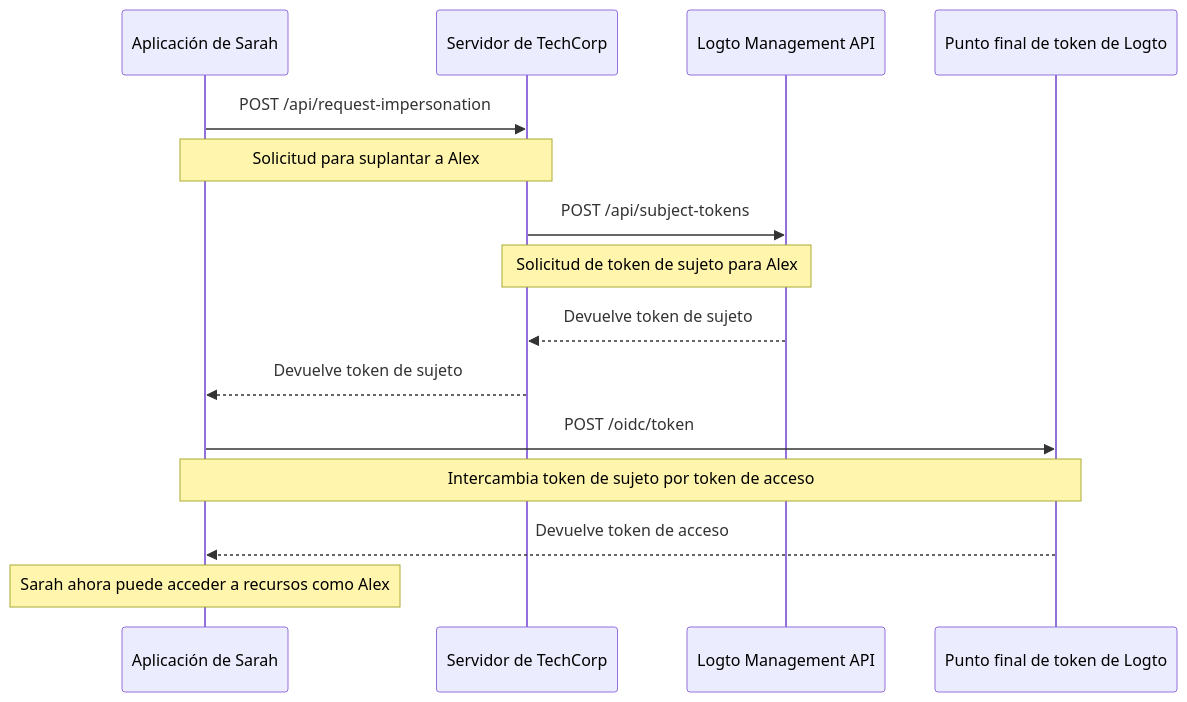
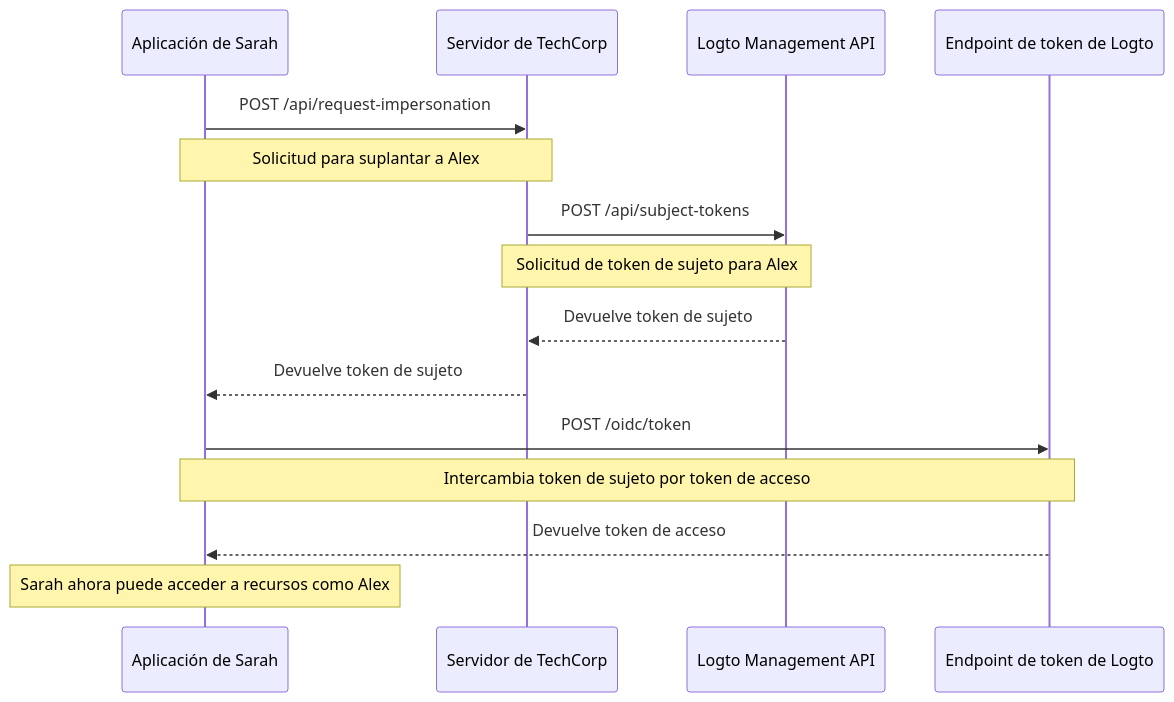
Before and after one commit to logto-io/docs: the diagram in i18n/es/docusaurus-plugin-content-docs/current/developers/user-impersonation.mdx, drawn with Mermaid. The commit also changed other lines of this file and 161 other files, not shown here.

````diff
--- a/i18n/es/docusaurus-plugin-content-docs/current/developers/user-impersonation.mdx
+++ b/i18n/es/docusaurus-plugin-content-docs/current/developers/user-impersonation.mdx
@@ -18,22 +18,22 @@
 ```mermaid
 sequenceDiagram
     participant Sarah as Aplicación de Sarah
     participant TechCorp as Servidor de TechCorp
     participant Logto as Logto Management API
-    participant LogtoToken as Punto final de token de Logto
+    participant LogtoToken as Endpoint de token de Logto
 
     Sarah->>TechCorp: POST /api/request-impersonation
     Note over Sarah,TechCorp: Solicitud para suplantar a Alex
 
     TechCorp->>Logto: POST /api/subject-tokens
     Note over TechCorp,Logto: Solicitud de token de sujeto para Alex
 
     Logto-->>TechCorp: Devuelve token de sujeto
     TechCorp-->>Sarah: Devuelve token de sujeto
 
     Sarah->>LogtoToken: POST /oidc/token
     Note over Sarah,LogtoToken: Intercambia token de sujeto por token de acceso
 
     LogtoToken-->>Sarah: Devuelve token de acceso
     Note over Sarah: Sarah ahora puede acceder a recursos como Alex
 ```
````
